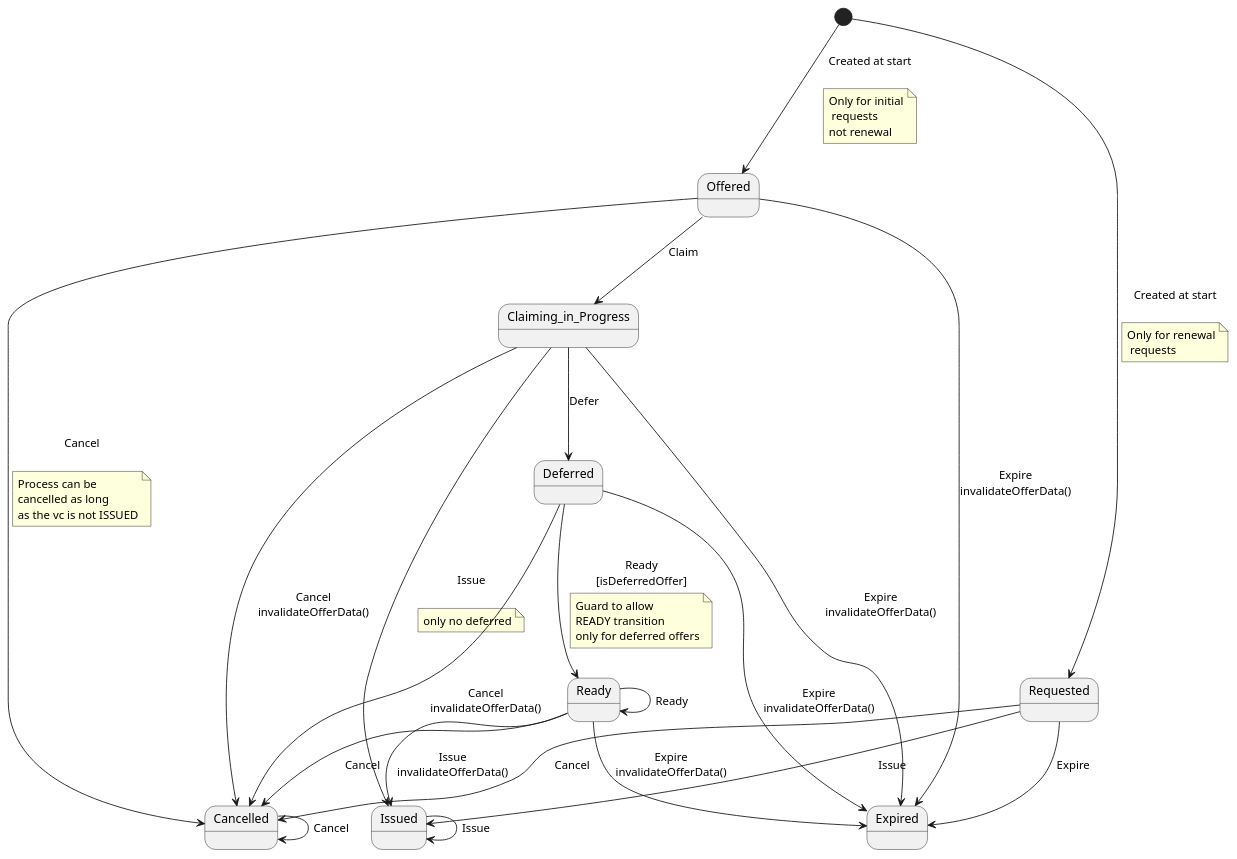
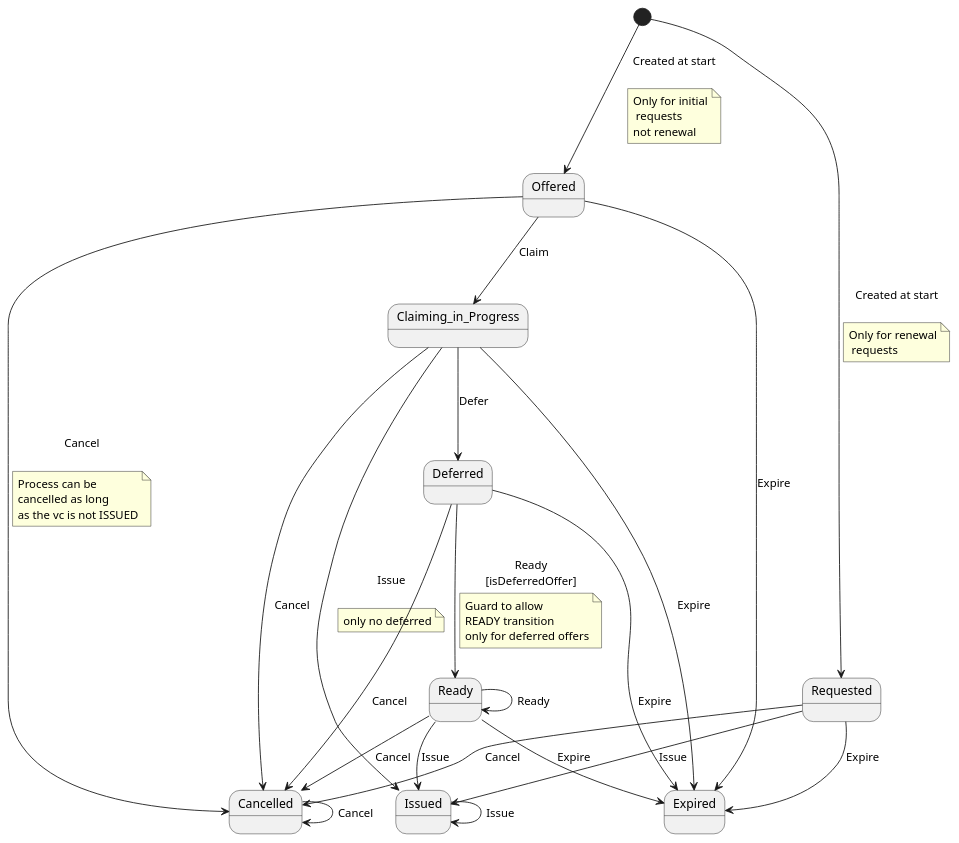
The diagram in issuer-service/src/main/resources/plantuml/credentialOfferStateMachine.puml (swiyu-admin-ch/swiyu-issuer), drawn with PlantUML before and after one commit. The commit also changed 6 other files, not shown here.

```diff
--- a/issuer-service/src/main/resources/plantuml/credentialOfferStateMachine.puml
+++ b/issuer-service/src/main/resources/plantuml/credentialOfferStateMachine.puml
@@ -1,58 +1,58 @@
 @startuml
 state Claiming_in_Progress
 state Ready
 state Cancelled
 state Expired
 state Deferred
 state Requested
 state Offered
 state Issued
 [*] --> Offered : Created at start\n
 note on link
 Only for initial
  requests
 not renewal
 end note
 
 [*] --> Requested : Created at start\n
 note on link
 Only for renewal
  requests
 end note
 
 Requested --> Issued : Issue
 Requested --> Cancelled : Cancel
 Requested --> Expired : Expire
 Offered --> Cancelled : Cancel\n
 note on link
 Process can be
 cancelled as long
 as the vc is not ISSUED
 end note
 
-Offered --> Expired : Expire\ninvalidateOfferData()
+Offered --> Expired : Expire
 Offered --> Claiming_in_Progress : Claim
-Claiming_in_Progress --> Expired : Expire\ninvalidateOfferData()
+Claiming_in_Progress --> Expired : Expire
 Claiming_in_Progress --> Deferred : Defer
 Claiming_in_Progress --> Issued : Issue\n
 note on link
 only no deferred
 end note
 
-Claiming_in_Progress --> Cancelled : Cancel\ninvalidateOfferData()
+Claiming_in_Progress --> Cancelled : Cancel
 Deferred --> Ready : Ready\n[isDeferredOffer]
 note on link
 Guard to allow
 READY transition
 only for deferred offers
 end note
 
-Deferred --> Expired : Expire\ninvalidateOfferData()
-Deferred --> Cancelled : Cancel\ninvalidateOfferData()
-Ready --> Issued : Issue\ninvalidateOfferData()
-Ready --> Expired : Expire\ninvalidateOfferData()
+Deferred --> Expired : Expire
+Deferred --> Cancelled : Cancel
+Ready --> Issued : Issue
+Ready --> Expired : Expire
 Ready --> Cancelled : Cancel
 Ready --> Ready : Ready
 Issued --> Issued : Issue
 Cancelled --> Cancelled : Cancel
 @enduml
```
